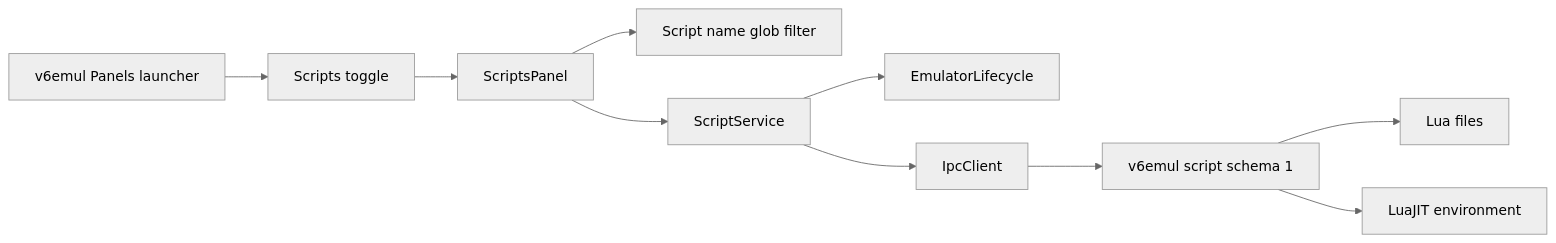
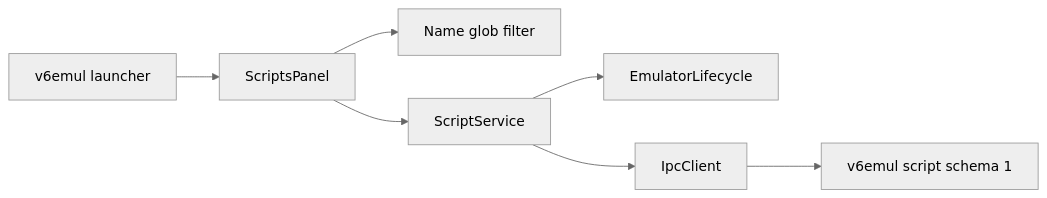
The diagram in design/features/scripts-panel-plan.md (parallelno/v6vscode), drawn with Mermaid (neutral theme) before and after one commit. The commit also changed other lines of this file and 1 other file, not shown here.

Commit message:
V6 Scripts Panel Implementation Plan wip

````diff
--- a/design/features/scripts-panel-plan.md
+++ b/design/features/scripts-panel-plan.md
@@ -366,12 +224,9 @@
 ```mermaid
 flowchart LR
-    Launcher[v6emul Panels launcher] --> Toggle[Scripts toggle]
-    Toggle --> Panel[ScriptsPanel]
-    Panel --> Filter[Script name glob filter]
+    Launcher[v6emul launcher] --> Panel[ScriptsPanel]
+    Panel --> Filter[Name glob filter]
     Panel --> Service[ScriptService]
     Service --> Lifecycle[EmulatorLifecycle]
     Service --> IPC[IpcClient]
     IPC --> Server[v6emul script schema 1]
-    Server --> Files[Lua files]
-    Server --> Lua[LuaJIT environment]
 ```
````
